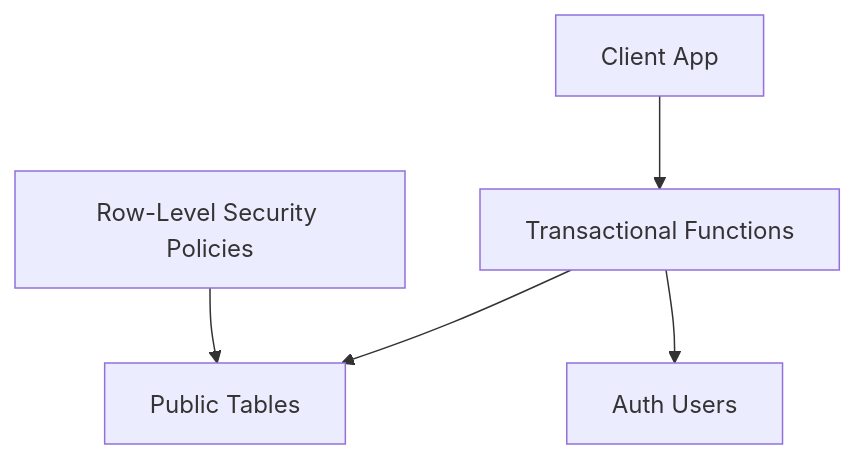
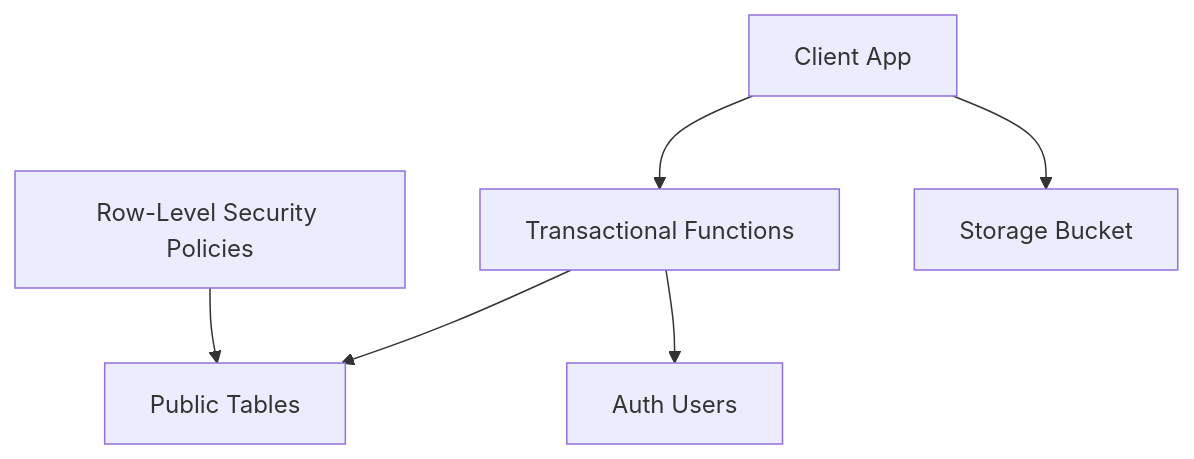
One commit to aarz24/Laris_HackathonGTNIC2026 changed the second of 7 diagrams in .qoder/repowiki/en/content/Database Design/Database Design.md. Above: the diagram before and after it, drawn with Mermaid. The commit also changed other lines of this file and 58 other files, not shown here.

````diff
--- a/.qoder/repowiki/en/content/Database Design/Database Design.md
+++ b/.qoder/repowiki/en/content/Database Design/Database Design.md
@@ -128,12 +152,14 @@
 ```mermaid
 graph TB
 Client["Client App"]
 RLS["Row-Level Security Policies"]
 Functions["Transactional Functions"]
 Tables["Public Tables"]
 Auth["Auth Users"]
+Storage["Storage Bucket"]
 Client --> Functions
 Functions --> Tables
 RLS --> Tables
 Functions --> Auth
+Client --> Storage
 ```
````
